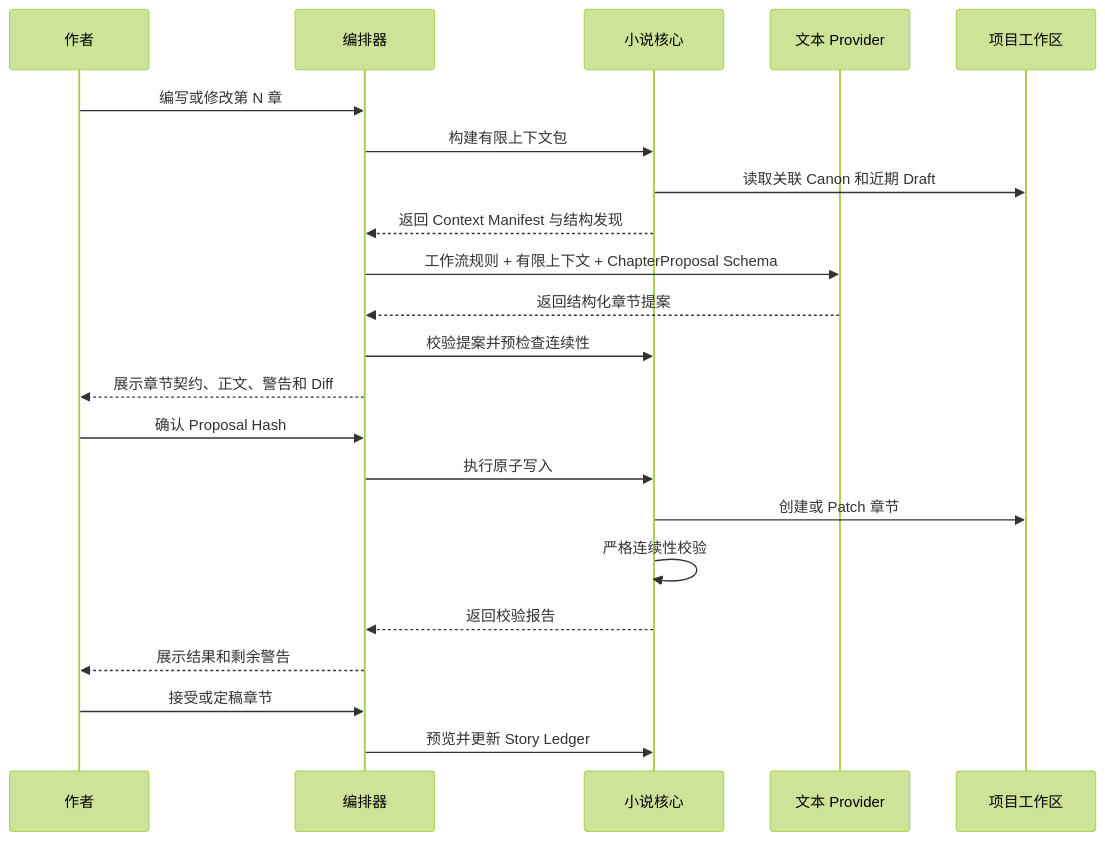
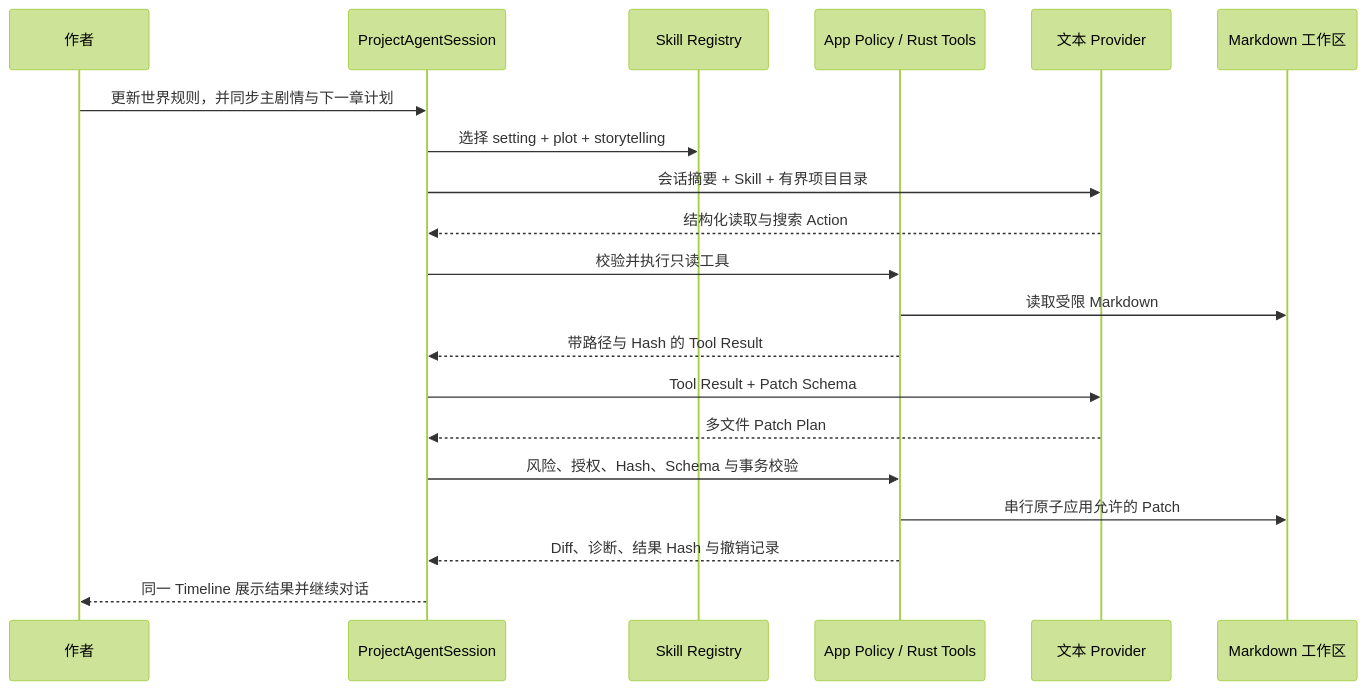
Before and after one commit to Leonherb/NovelGainker: the second of 2 diagrams in docs/architecture.zh-CN.md, drawn with Mermaid (forest theme). The commit also changed other lines of this file and 151 other files, not shown here.

````diff
--- a/docs/architecture.zh-CN.md
+++ b/docs/architecture.zh-CN.md
@@ -375,25 +399,23 @@
 ```mermaid
 sequenceDiagram
     participant U as 作者
-    participant O as 编排器
-    participant C as 小说核心
+    participant A as ProjectAgentSession
+    participant S as Skill Registry
+    participant P as App Policy / Rust Tools
     participant M as 文本 Provider
-    participant W as 项目工作区
+    participant W as Markdown 工作区
 
-    U->>O: 编写或修改第 N 章
-    O->>C: 构建有限上下文包
-    C->>W: 读取关联 Canon 和近期 Draft
-    C-->>O: 返回 Context Manifest 与结构发现
-    O->>M: 工作流规则 + 有限上下文 + ChapterProposal Schema
-    M-->>O: 返回结构化章节提案
-    O->>C: 校验提案并预检查连续性
-    O-->>U: 展示章节契约、正文、警告和 Diff
-    U->>O: 确认 Proposal Hash
-    O->>C: 执行原子写入
-    C->>W: 创建或 Patch 章节
-    C->>C: 严格连续性校验
-    C-->>O: 返回校验报告
-    O-->>U: 展示结果和剩余警告
-    U->>O: 接受或定稿章节
-    O->>C: 预览并更新 Story Ledger
+    U->>A: 更新世界规则，并同步主剧情与下一章计划
+    A->>S: 选择 setting + plot + storytelling
+    A->>M: 会话摘要 + Skill + 有界项目目录
+    M-->>A: 结构化读取与搜索 Action
+    A->>P: 校验并执行只读工具
+    P->>W: 读取受限 Markdown
+    P-->>A: 带路径与 Hash 的 Tool Result
+    A->>M: Tool Result + Patch Schema
+    M-->>A: 多文件 Patch Plan
+    A->>P: 风险、授权、Hash、Schema 与事务校验
+    P->>W: 串行原子应用允许的 Patch
+    P-->>A: Diff、诊断、结果 Hash 与撤销记录
+    A-->>U: 同一 Timeline 展示结果并继续对话
 ```
````
